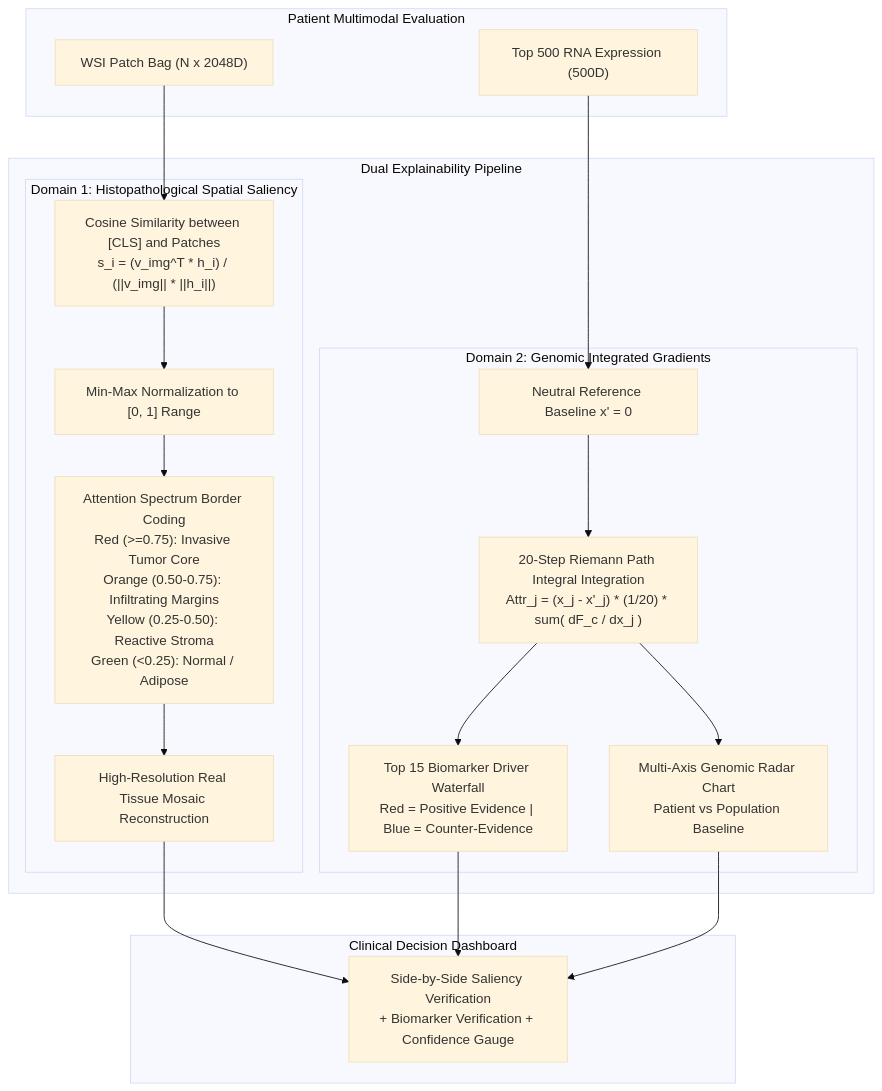
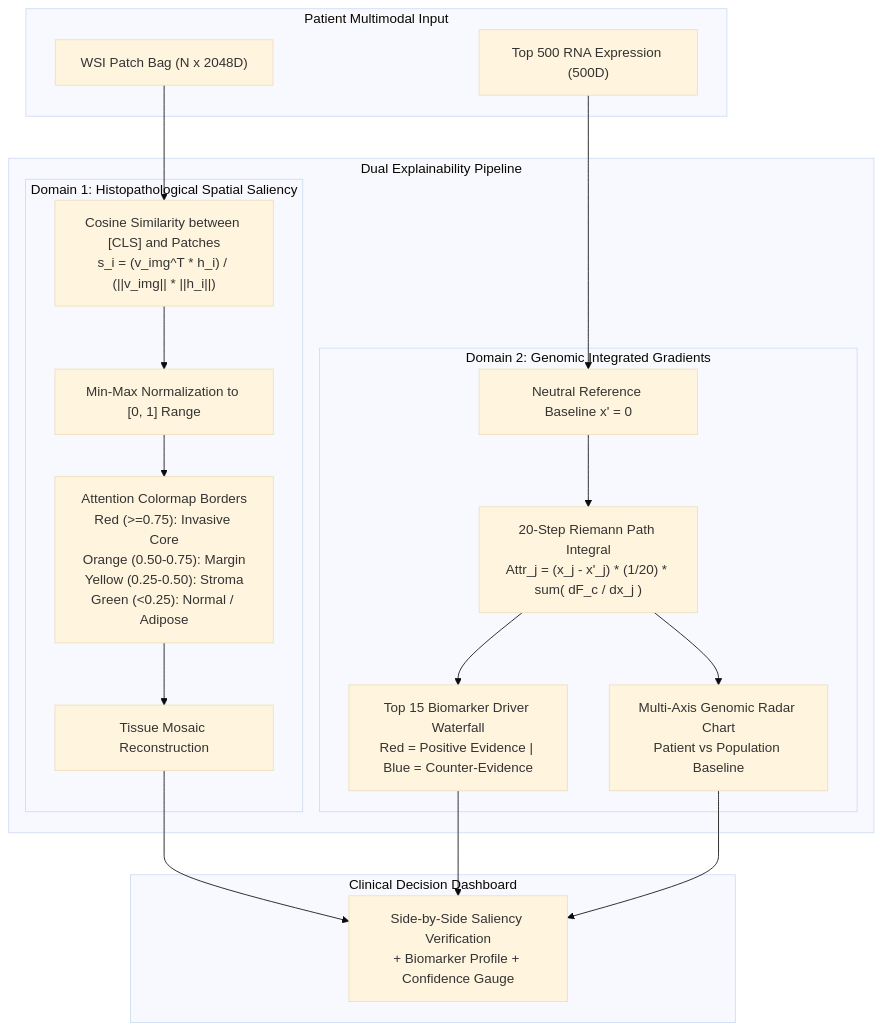
The eighth of 9 diagrams in README.md (Cheesenoice/breast-cancer-cdss), drawn with Mermaid (base theme) before and after one commit. The commit also changed other lines of this file, not shown here.

````diff
--- a/README.md
+++ b/README.md
@@ -605,30 +627,30 @@
 ```mermaid
 flowchart TD
-    subgraph INPUT["Patient Multimodal Evaluation"]
+    subgraph INPUT["Patient Multimodal Input"]
         WSI["WSI Patch Bag (N x 2048D)"]
         GEN["Top 500 RNA Expression (500D)"]
     end
 
     subgraph DUAL_XAI["Dual Explainability Pipeline"]
         subgraph DOMAIN_VISION["Domain 1: Histopathological Spatial Saliency"]
             SIM["Cosine Similarity between [CLS] and Patches<br/>s_i = (v_img^T * h_i) / (||v_img|| * ||h_i||)"]
             NORM["Min-Max Normalization to [0, 1] Range"]
-            BORDERS["Attention Spectrum Border Coding<br/>Red (>=0.75): Invasive Tumor Core<br/>Orange (0.50-0.75): Infiltrating Margins<br/>Yellow (0.25-0.50): Reactive Stroma<br/>Green (<0.25): Normal / Adipose"]
-            MOSAIC["High-Resolution Real Tissue Mosaic Reconstruction"]
+            BORDERS["Attention Colormap Borders<br/>Red (>=0.75): Invasive Core<br/>Orange (0.50-0.75): Margin<br/>Yellow (0.25-0.50): Stroma<br/>Green (<0.25): Normal / Adipose"]
+            MOSAIC["Tissue Mosaic Reconstruction"]
         end
 
         subgraph DOMAIN_GENOMICS["Domain 2: Genomic Integrated Gradients"]
             BASELINE["Neutral Reference Baseline x' = 0"]
-            RIEMANN["20-Step Riemann Path Integral Integration<br/>Attr_j = (x_j - x'_j) * (1/20) * sum( dF_c / dx_j )"]
+            RIEMANN["20-Step Riemann Path Integral<br/>Attr_j = (x_j - x'_j) * (1/20) * sum( dF_c / dx_j )"]
             WATERFALL["Top 15 Biomarker Driver Waterfall<br/>Red = Positive Evidence | Blue = Counter-Evidence"]
             RADAR["Multi-Axis Genomic Radar Chart<br/>Patient vs Population Baseline"]
         end
     end
 
     subgraph CLINICAL_UI["Clinical Decision Dashboard"]
-        OUT_VIZ["Side-by-Side Saliency Verification<br/>+ Biomarker Verification + Confidence Gauge"]
+        OUT_VIZ["Side-by-Side Saliency Verification<br/>+ Biomarker Profile + Confidence Gauge"]
     end
 
     WSI --> SIM --> NORM --> BORDERS --> MOSAIC --> OUT_VIZ
     GEN --> BASELINE --> RIEMANN --> WATERFALL & RADAR --> OUT_VIZ
 ```
````
